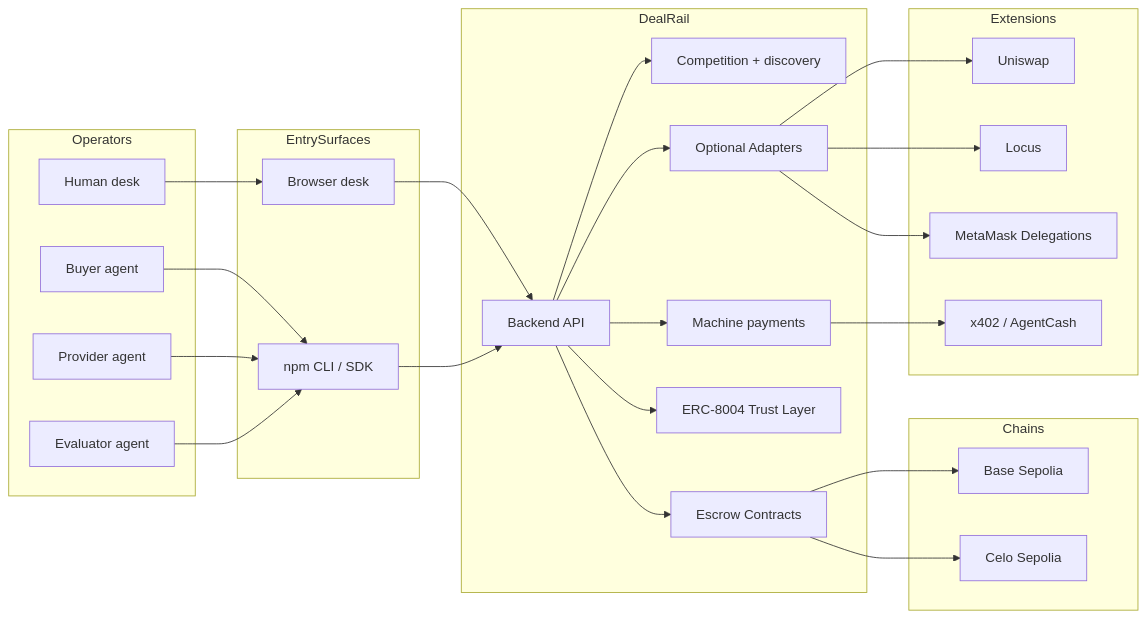
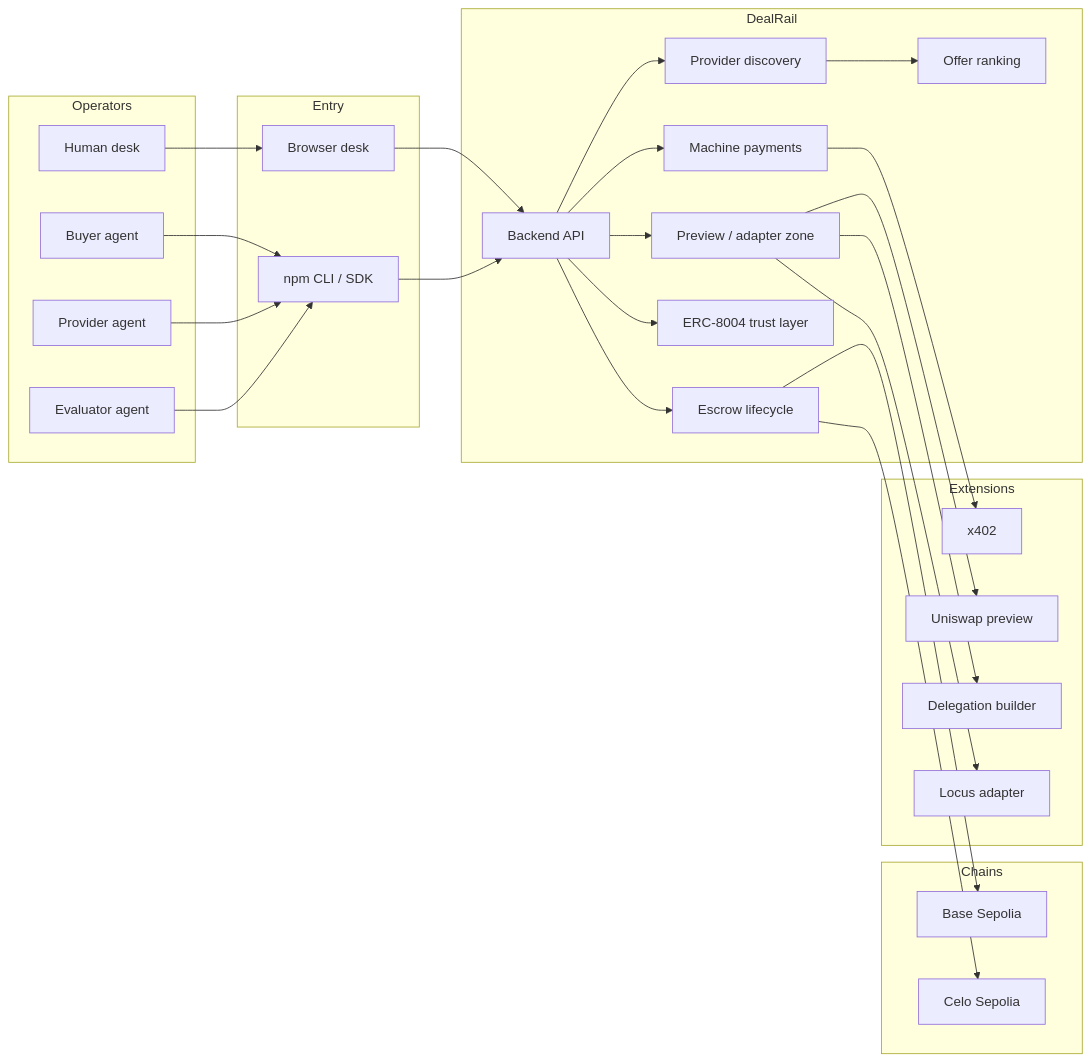
The first of 4 diagrams in docs/submission/06_VISUAL_ARCHITECTURE.md (Kairen-Protocol/kairen-dealrail), drawn with Mermaid before and after one commit. The commit also changed other lines of this file and 4 other files, not shown here.

````diff
--- a/docs/submission/06_VISUAL_ARCHITECTURE.md
+++ b/docs/submission/06_VISUAL_ARCHITECTURE.md
@@ -17,55 +13,55 @@
 ```mermaid
 flowchart LR
   subgraph Operators
     H[Human desk]
     B[Buyer agent]
     P[Provider agent]
     E[Evaluator agent]
   end
 
-  subgraph EntrySurfaces
+  subgraph Entry
     UI[Browser desk]
     CLI[npm CLI / SDK]
   end
 
   subgraph DealRail
     API[Backend API]
-    NEG[Competition + discovery]
+    DISC[Provider discovery]
+    NEG[Offer ranking]
     PAY[Machine payments]
-    ESC[Escrow Contracts]
-    TRUST[ERC-8004 Trust Layer]
-    ADAPT[Optional Adapters]
+    ESC[Escrow lifecycle]
+    TRUST[ERC-8004 trust layer]
+    ADAPT[Preview / adapter zone]
   end
 
   subgraph Chains
     BASE[Base Sepolia]
     CELO[Celo Sepolia]
   end
 
   subgraph Extensions
-    UNI[Uniswap]
-    LOC[Locus]
-    DEL[MetaMask Delegations]
-    X4[x402 / AgentCash]
+    X4[x402]
+    UNI[Uniswap preview]
+    DEL[Delegation builder]
+    LOC[Locus adapter]
   end
 
   H --> UI
   B --> CLI
   P --> CLI
   E --> CLI
-
   UI --> API
   CLI --> API
-  API --> NEG
+  API --> DISC
+  DISC --> NEG
   API --> PAY
   API --> ESC
   API --> TRUST
   API --> ADAPT
-
   PAY --> X4
   ESC --> BASE
   ESC --> CELO
   ADAPT --> UNI
+  ADAPT --> DEL
   ADAPT --> LOC
-  ADAPT --> DEL
 ```
````
